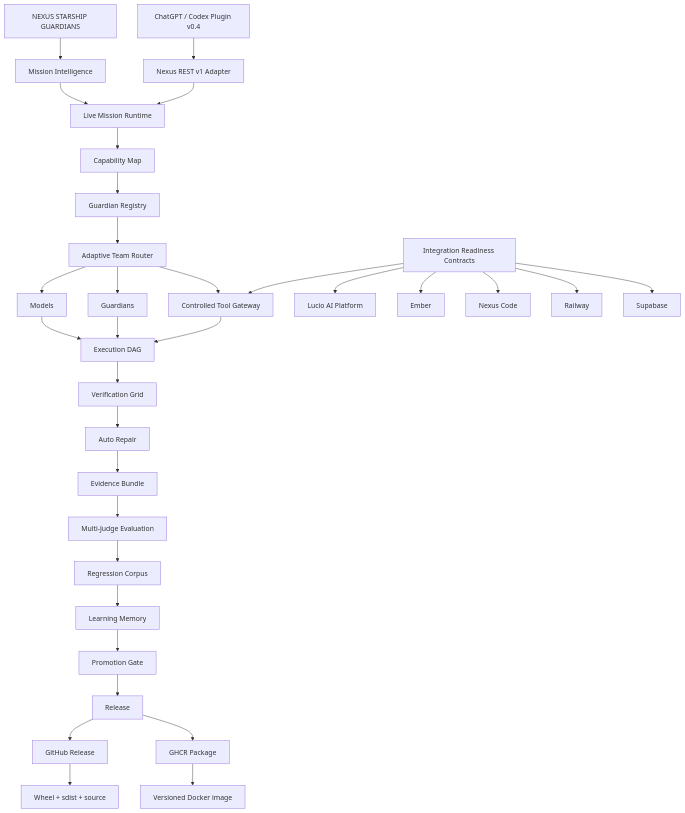
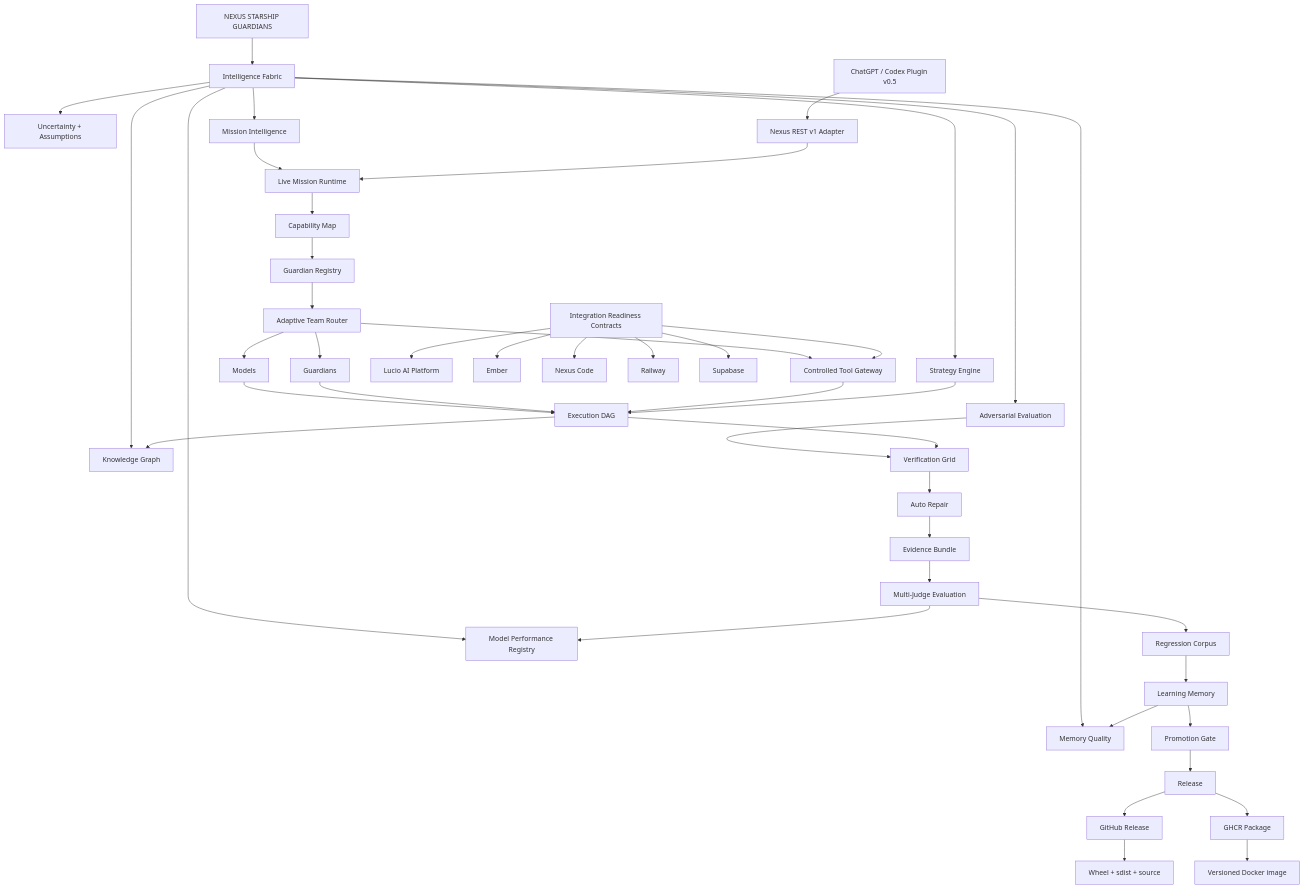
Before and after one commit to lois4801/NEXUS-Starship-Guardians: the diagram in docs/CURRENT_STATE.md, drawn with Mermaid. The commit also changed other lines of this file, not shown here.

Commit message:
docs: update Current State Graph for v0.5 Intelligence Fabric

````diff
--- a/docs/CURRENT_STATE.md
+++ b/docs/CURRENT_STATE.md
@@ -9,38 +9,52 @@
 ```mermaid
 flowchart TD
-    A[NEXUS STARSHIP GUARDIANS] --> B[Mission Intelligence]
-    B --> C[Live Mission Runtime]
-    C --> D[Capability Map]
-    D --> E[Guardian Registry]
-    E --> F[Adaptive Team Router]
-    F --> G[Models]
-    F --> H[Guardians]
-    F --> I[Controlled Tool Gateway]
+    A[NEXUS STARSHIP GUARDIANS] --> B[Intelligence Fabric]
 
-    X[Integration Readiness Contracts] --> I
+    B --> B1[Knowledge Graph]
+    B --> B2[Strategy Engine]
+    B --> B3[Memory Quality]
+    B --> B4[Model Performance Registry]
+    B --> B5[Adversarial Evaluation]
+    B --> B6[Uncertainty + Assumptions]
+
+    B --> C[Mission Intelligence]
+    C --> D[Live Mission Runtime]
+    D --> E[Capability Map]
+    E --> F[Guardian Registry]
+    F --> G[Adaptive Team Router]
+    G --> H[Models]
+    G --> I[Guardians]
+    G --> J[Controlled Tool Gateway]
+
+    X[Integration Readiness Contracts] --> J
     X --> X1[Lucio AI Platform]
     X --> X2[Ember]
     X --> X3[Nexus Code]
     X --> X4[Railway]
     X --> X5[Supabase]
 
-    G --> J[Execution DAG]
-    H --> J
-    I --> J
-    J --> K[Verification Grid]
-    K --> L[Auto Repair]
-    L --> M[Evidence Bundle]
-    M --> N[Multi-Judge Evaluation]
-    N --> O[Regression Corpus]
-    O --> P[Learning Memory]
-    P --> Q[Promotion Gate]
-    Q --> R[Release]
+    H --> K[Execution DAG]
+    I --> K
+    J --> K
+    B2 --> K
+    B5 --> L[Verification Grid]
+    K --> L
+    L --> M[Auto Repair]
+    M --> N[Evidence Bundle]
+    N --> O[Multi-Judge Evaluation]
+    O --> P[Regression Corpus]
+    P --> Q[Learning Memory]
+    Q --> B3
+    O --> B4
+    K --> B1
+    Q --> R[Promotion Gate]
+    R --> S[Release]
 
-    S[ChatGPT / Codex Plugin v0.4] --> T[Nexus REST v1 Adapter]
-    T --> C
+    T[ChatGPT / Codex Plugin v0.5] --> U[Nexus REST v1 Adapter]
+    U --> D
 
-    R --> U[GitHub Release]
-    R --> V[GHCR Package]
-    U --> W[Wheel + sdist + source]
-    V --> Y[Versioned Docker image]
+    S --> V[GitHub Release]
+    S --> W[GHCR Package]
+    V --> Y[Wheel + sdist + source]
+    W --> Z[Versioned Docker image]
 ```
````
